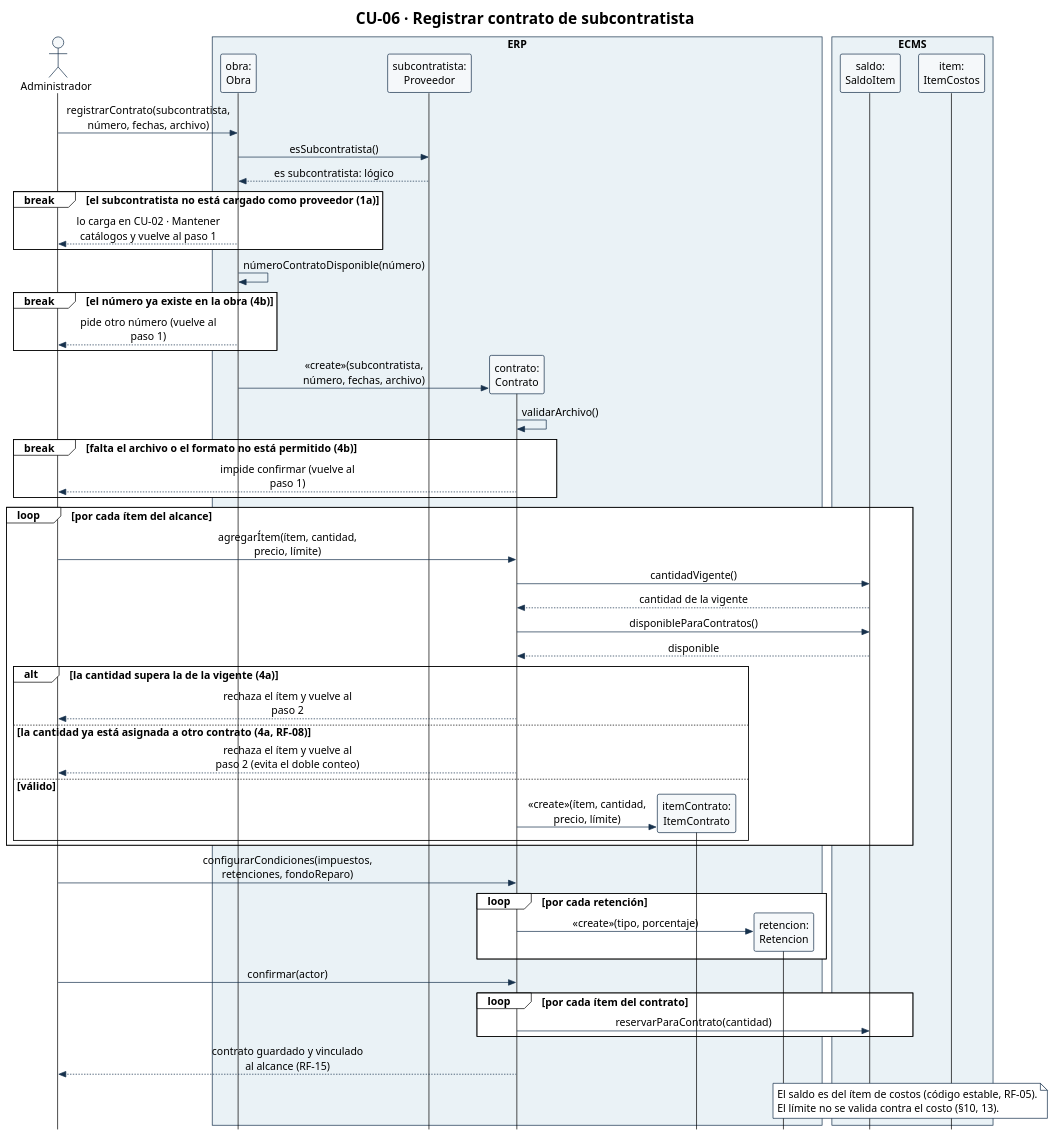
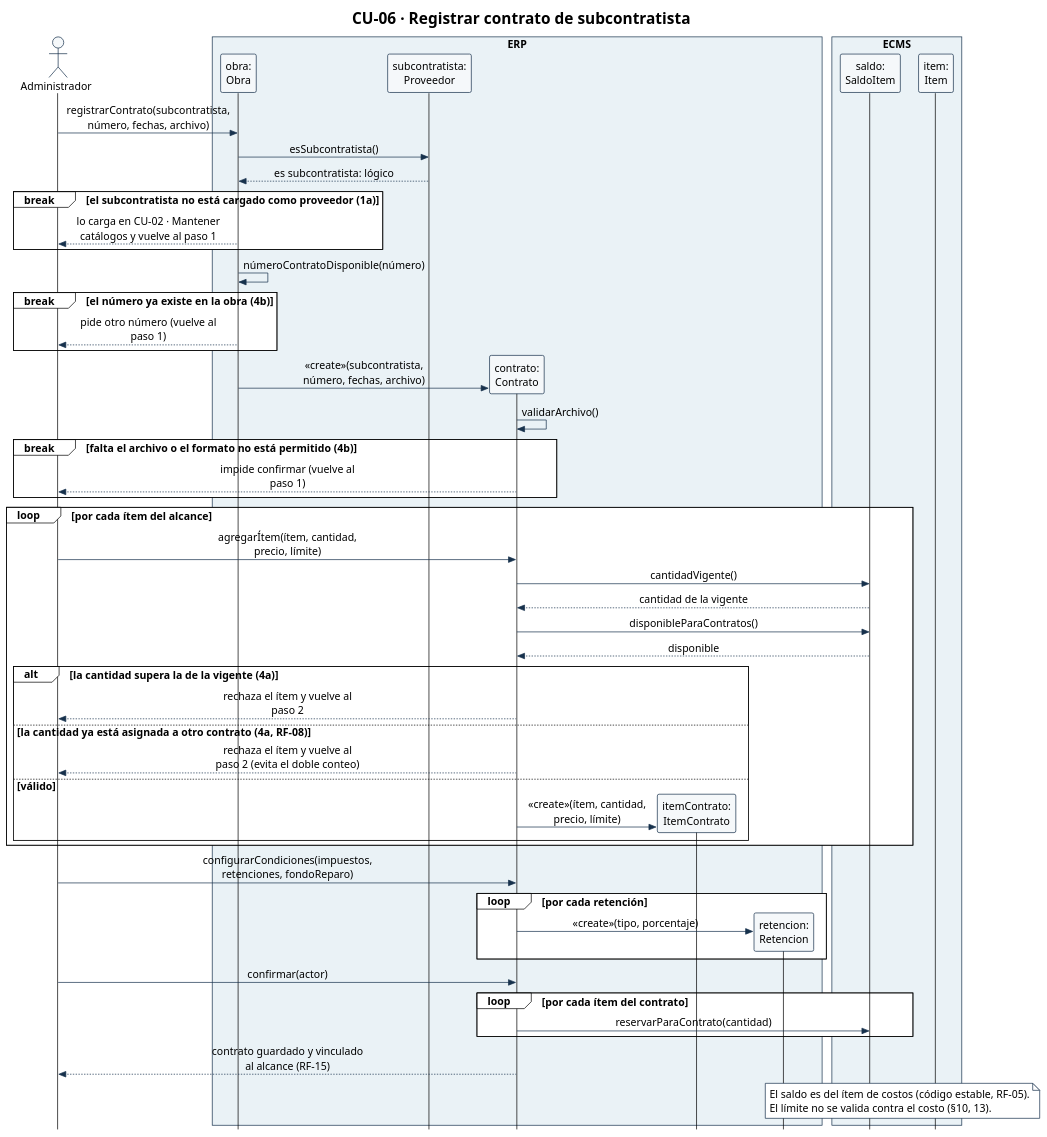
One commit to Ssrrb/tpf-uca changed the diagram in diagramas/CU-06-secuencia.puml. Above: the diagram before and after it, drawn with PlantUML. The commit also changed 9 other files, not shown here.

First line of the commit message:
Diagrama de subsistemas (TPC 07) y avance de la pasada de consistencia

```diff
--- a/diagramas/CU-06-secuencia.puml
+++ b/diagramas/CU-06-secuencia.puml
@@ -1,81 +1,81 @@
 @startuml
 !theme plain
 skinparam style strictuml
 skinparam shadowing false
 skinparam defaultFontName Arial
 skinparam defaultFontSize 15
 skinparam sequenceMessageAlign center
 skinparam maxMessageSize 220
 skinparam ParticipantPadding 8
 skinparam BoxPadding 6
 skinparam ParticipantBackgroundColor #F5F8FA
 skinparam ParticipantBorderColor #17324D
 skinparam ActorBorderColor #17324D
 skinparam ActorBackgroundColor #F5F8FA
 skinparam ArrowColor #17324D
 skinparam SequenceBoxBorderColor #17324D
 skinparam note {
   BackgroundColor #FFFFFF
   BorderColor #17324D
 }
 hide footbox
 title CU-06 · Registrar contrato de subcontratista
 actor "Administrador" as Admin
 box "ERP" #EAF2F6
 participant "obra:\nObra" as Obra
 participant "subcontratista:\nProveedor" as Prov
 participant "contrato:\nContrato" as Con
 participant "itemContrato:\nItemContrato" as IC
 participant "retencion:\nRetencion" as Ret
 end box
 box "ECMS" #EAF2F6
 participant "saldo:\nSaldoItem" as Saldo
-participant "item:\nItemCostos" as Item
+participant "item:\nItem" as Item
 end box
 
 Admin -> Obra: registrarContrato(subcontratista, número, fechas, archivo)
 Obra -> Prov: esSubcontratista()
 Prov --> Obra: es subcontratista: lógico
 break el subcontratista no está cargado como proveedor (1a)
   Obra --> Admin: lo carga en CU-02 · Mantener catálogos y vuelve al paso 1
 end
 Obra -> Obra: númeroContratoDisponible(número)
 break el número ya existe en la obra (4b)
   Obra --> Admin: pide otro número (vuelve al paso 1)
 end
 create Con
 Obra -> Con: «create»(subcontratista, número, fechas, archivo)
 Con -> Con: validarArchivo()
 break falta el archivo o el formato no está permitido (4b)
   Con --> Admin: impide confirmar (vuelve al paso 1)
 end
 loop por cada ítem del alcance
   Admin -> Con: agregarÍtem(ítem, cantidad, precio, límite)
   Con -> Saldo: cantidadVigente()
   Saldo --> Con: cantidad de la vigente
   Con -> Saldo: disponibleParaContratos()
   Saldo --> Con: disponible
   alt la cantidad supera la de la vigente (4a)
     Con --> Admin: rechaza el ítem y vuelve al paso 2
   else la cantidad ya está asignada a otro contrato (4a, RF-08)
     Con --> Admin: rechaza el ítem y vuelve al paso 2 (evita el doble conteo)
   else válido
     create IC
     Con -> IC: «create»(ítem, cantidad, precio, límite)
   end
 end
 Admin -> Con: configurarCondiciones(impuestos, retenciones, fondoReparo)
 loop por cada retención
   create Ret
   Con -> Ret: «create»(tipo, porcentaje)
 end
 Admin -> Con: confirmar(actor)
 loop por cada ítem del contrato
   Con -> Saldo: reservarParaContrato(cantidad)
 end
 Con --> Admin: contrato guardado y vinculado al alcance (RF-15)
 note over Item, Saldo
   El saldo es del ítem de costos (código estable, RF-05).
   El límite no se valida contra el costo (§10, 13).
 end note
 @enduml
```
